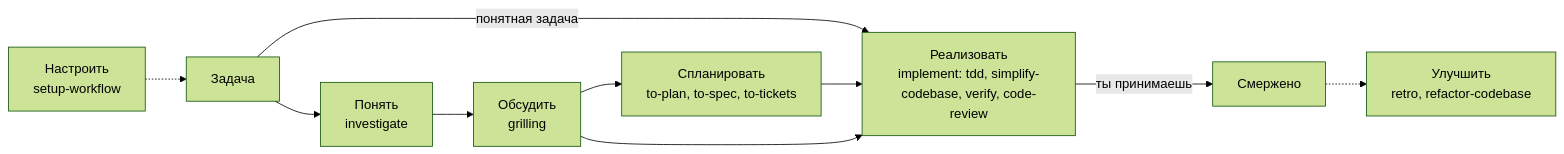
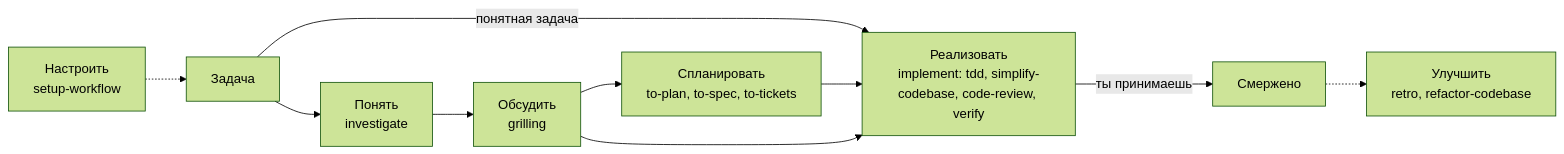
One commit to FOZERY/agent-workflow changed the diagram in docs/README.ru.md. Above: the diagram before and after it, drawn with Mermaid (forest theme). The commit also changed 8 other files, not shown here.

First line of the commit message:
refactor(implement): run the Spec review before verify

````diff
--- a/docs/README.ru.md
+++ b/docs/README.ru.md
@@ -28,12 +28,12 @@
 ```mermaid
 flowchart LR
     Setup["Настроить<br/>setup-workflow"] -.-> Task[Задача]
     Task --> Understand["Понять<br/>investigate"]
     Understand --> Discuss["Обсудить<br/>grilling"]
     Task -->|понятная задача| Build
     Discuss --> Plan["Спланировать<br/>to-plan, to-spec, to-tickets"]
-    Plan --> Build["Реализовать<br/>implement: tdd, simplify-codebase, verify, code-review"]
+    Plan --> Build["Реализовать<br/>implement: tdd, simplify-codebase, code-review, verify"]
     Discuss --> Build
     Build -->|ты принимаешь| Done[Смержено]
     Done -.-> Improve["Улучшить<br/>retro, refactor-codebase"]
 ```
````
